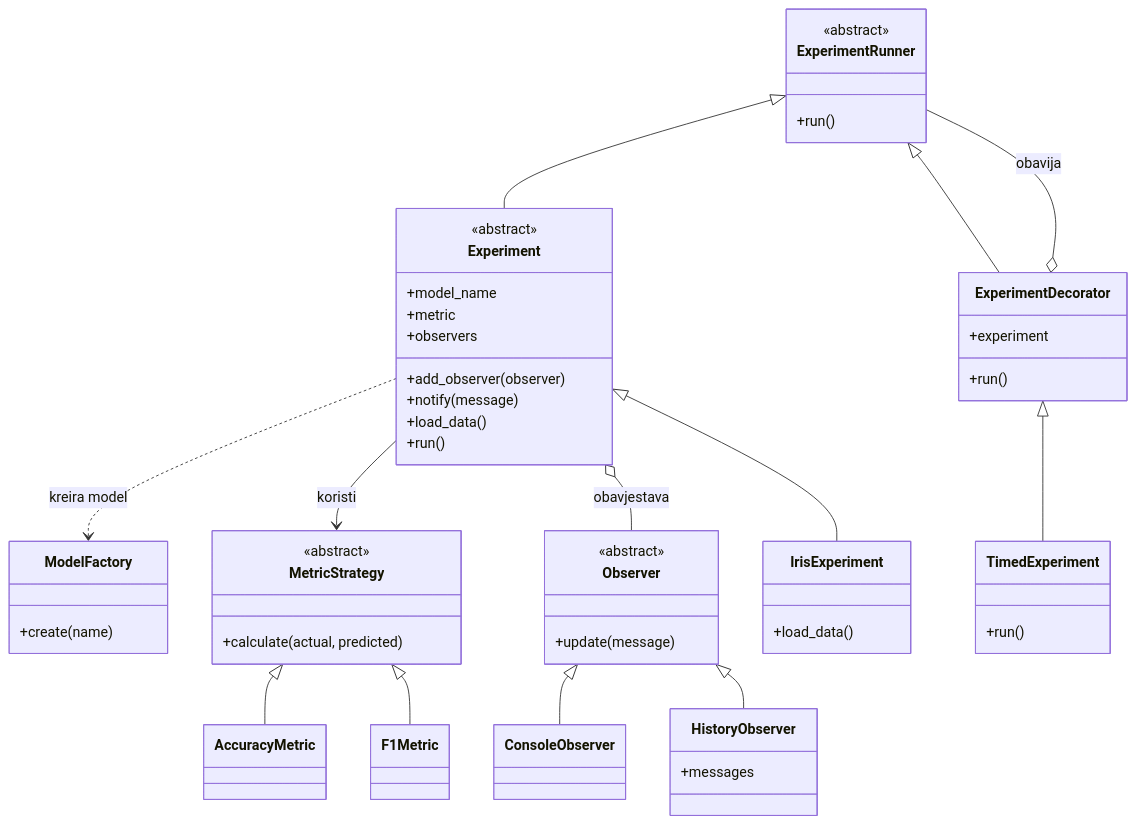
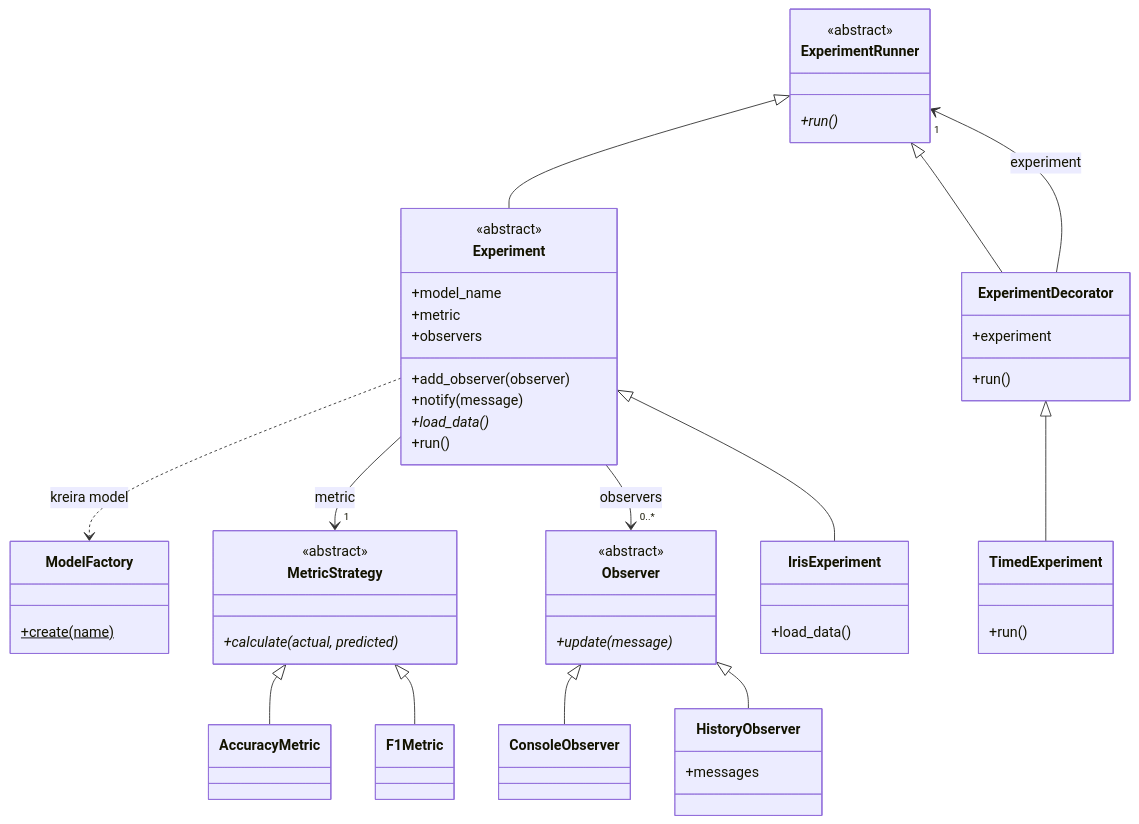
Before and after one commit to andrija194/mini_projekat_Andrija_Gojkovic: the diagram in mini_projekat_2/README.md, drawn with Mermaid. The commit also changed other lines of this file and 2 other files, not shown here.

````diff
--- a/mini_projekat_2/README.md
+++ b/mini_projekat_2/README.md
@@ -106,69 +61,57 @@
 ```mermaid
 classDiagram
     direction TB
-
     class ModelFactory {
-        +create(name)
+        +create(name)$
     }
-
     class MetricStrategy {
         <<abstract>>
-        +calculate(actual, predicted)
+        +calculate(actual, predicted)*
     }
-
     class AccuracyMetric
     class F1Metric
-
     class Observer {
         <<abstract>>
-        +update(message)
+        +update(message)*
     }
-
     class ConsoleObserver
-
     class HistoryObserver {
         +messages
     }
-
     class ExperimentRunner {
         <<abstract>>
-        +run()
+        +run()*
     }
-
     class Experiment {
         <<abstract>>
         +model_name
         +metric
         +observers
         +add_observer(observer)
         +notify(message)
-        +load_data()
+        +load_data()*
         +run()
     }
-
     class IrisExperiment {
         +load_data()
     }
-
     class ExperimentDecorator {
         +experiment
         +run()
     }
-
     class TimedExperiment {
         +run()
     }
-
     MetricStrategy <|-- AccuracyMetric
     MetricStrategy <|-- F1Metric
     Observer <|-- ConsoleObserver
     Observer <|-- HistoryObserver
     ExperimentRunner <|-- Experiment
     ExperimentRunner <|-- ExperimentDecorator
     Experiment <|-- IrisExperiment
     ExperimentDecorator <|-- TimedExperiment
-    Experiment --> MetricStrategy : koristi
-    Experiment o-- Observer : obavjestava
+    Experiment --> "1" MetricStrategy : metric
+    Experiment --> "0..*" Observer : observers
     Experiment ..> ModelFactory : kreira model
-    ExperimentDecorator o-- ExperimentRunner : obavija
+    ExperimentDecorator --> "1" ExperimentRunner : experiment
 ```
````
